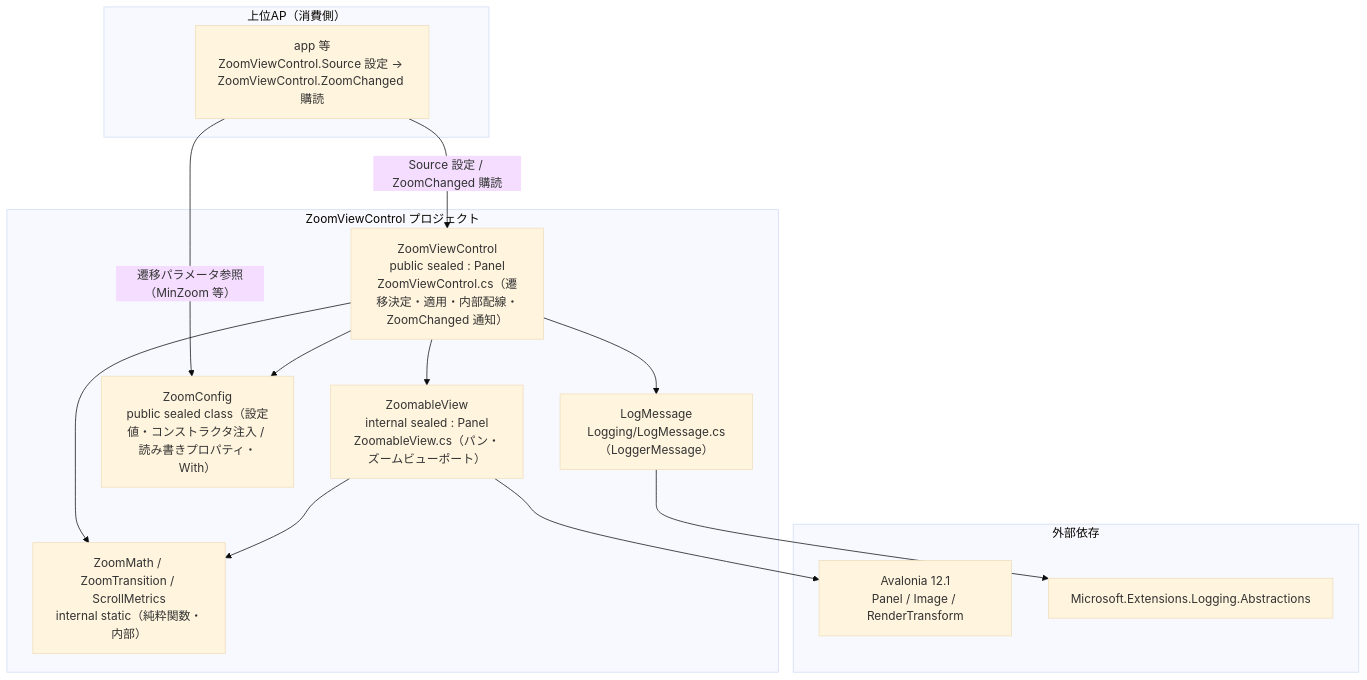
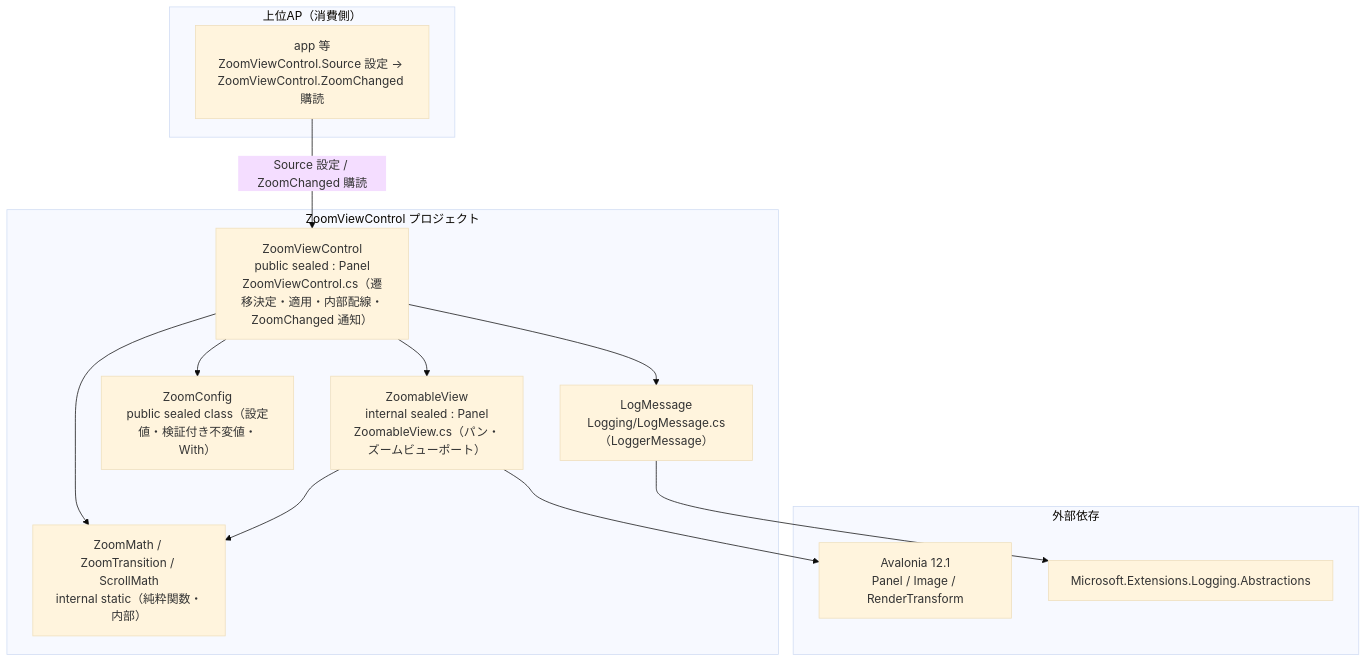
One commit to tomokuni/SaveEvidence changed the diagram in src/ZoomViewControl/SPEC_System.md. Above: the diagram before and after it, drawn with Mermaid (base theme). The commit also changed other lines of this file and 48 other files, not shown here.

````diff
--- a/src/ZoomViewControl/SPEC_System.md
+++ b/src/ZoomViewControl/SPEC_System.md
@@ -79,27 +79,26 @@
 ```mermaid
 flowchart TB
     subgraph ZVC["ZoomViewControl プロジェクト"]
         ZVW["ZoomViewControl<br/>public sealed : Panel<br/>ZoomViewControl.cs（遷移決定・適用・内部配線・ZoomChanged 通知）"]
         ZV["ZoomableView<br/>internal sealed : Panel<br/>ZoomableView.cs（パン・ズームビューポート）"]
-        PF["ZoomConfig<br/>public sealed class（設定値・コンストラクタ注入 / 読み書きプロパティ・With）"]
-        PFI["ZoomMath / ZoomTransition / ScrollMetrics<br/>internal static（純粋関数・内部）"]
+        PF["ZoomConfig<br/>public sealed class（設定値・検証付き不変値・With）"]
+        PFI["ZoomMath / ZoomTransition / ScrollMath<br/>internal static（純粋関数・内部）"]
         LG["LogMessage<br/>Logging/LogMessage.cs（LoggerMessage）"]
     end
     subgraph Host["上位AP（消費側）"]
         AP["app 等<br/>ZoomViewControl.Source 設定 → ZoomViewControl.ZoomChanged 購読"]
     end
     subgraph Dep["外部依存"]
         AV["Avalonia 12.1<br/>Panel / Image / RenderTransform"]
         LGAB["Microsoft.Extensions.Logging.Abstractions"]
     end
 
     AP -->|Source 設定 / ZoomChanged 購読| ZVW
-    AP -->|遷移パラメータ参照（MinZoom 等）| PF
     ZVW --> ZV
     ZVW --> PF
     ZVW --> PFI
     ZV --> PFI
     ZVW --> LG
     ZV --> AV
     LG --> LGAB
 ```
````
